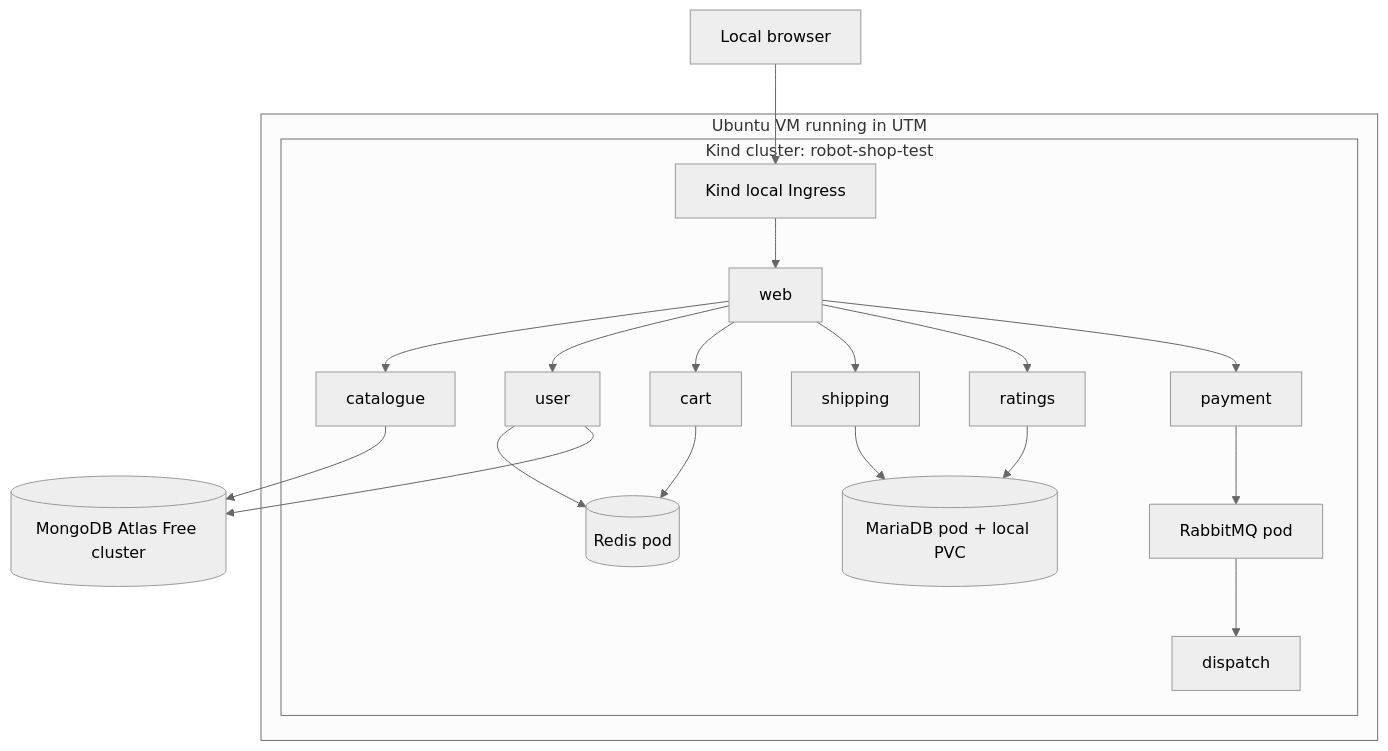
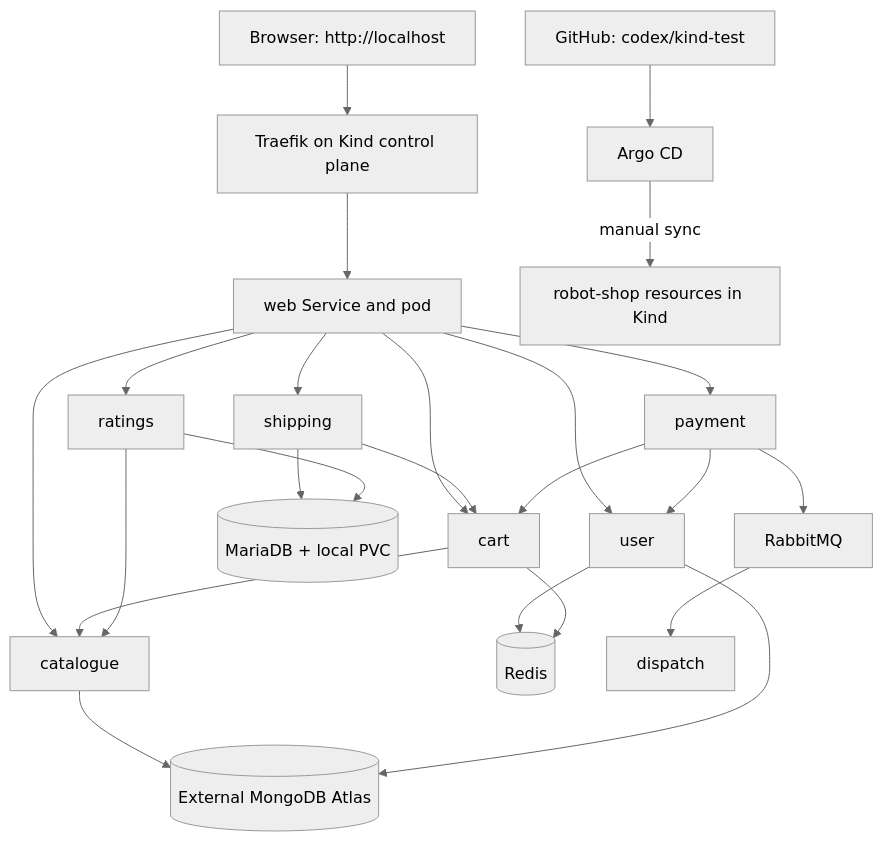
Before and after one commit to ariphmohd/robot-shop: the diagram in README.md, drawn with Mermaid (neutral theme). The commit also changed other lines of this file and 7 other files, not shown here.

````diff
--- a/README.md
+++ b/README.md
@@ -40,26 +14,26 @@
 ```mermaid
 flowchart TB
-    Browser[Local browser] --> Ingress[Kind local Ingress]
-
-    subgraph VM[Ubuntu VM running in UTM]
-        subgraph KIND[Kind cluster: robot-shop-test]
-            Ingress --> Web[web]
-            Web --> Catalogue[catalogue]
-            Web --> User[user]
-            Web --> Cart[cart]
-            Web --> Shipping[shipping]
-            Web --> Ratings[ratings]
-            Web --> Payment[payment]
-
-            User --> Redis[(Redis pod)]
-            Cart --> Redis
-            Shipping --> MySQL[(MariaDB pod + local PVC)]
-            Ratings --> MySQL
-            Payment --> RabbitMQ[RabbitMQ pod]
-            RabbitMQ --> Dispatch[dispatch]
-        end
-    end
-
-    Catalogue --> Atlas[(MongoDB Atlas Free cluster)]
+    Browser[Browser: http://localhost] --> Traefik[Traefik on Kind control plane]
+    Traefik --> Web[web Service and pod]
+    Web --> Catalogue[catalogue]
+    Web --> User[user]
+    Web --> Cart[cart]
+    Web --> Shipping[shipping]
+    Web --> Ratings[ratings]
+    Web --> Payment[payment]
+    Catalogue --> Atlas[(External MongoDB Atlas)]
     User --> Atlas
+    User --> Redis[(Redis)]
+    Cart --> Redis
+    Cart --> Catalogue
+    Shipping --> MariaDB[(MariaDB + local PVC)]
+    Ratings --> MariaDB
+    Shipping --> Cart
+    Ratings --> Catalogue
+    Payment --> User
+    Payment --> Cart
+    Payment --> RabbitMQ[RabbitMQ]
+    RabbitMQ --> Dispatch[dispatch]
+    Git[GitHub: codex/kind-test] --> Argo[Argo CD]
+    Argo -->|manual sync| Kind[robot-shop resources in Kind]
 ```
````
